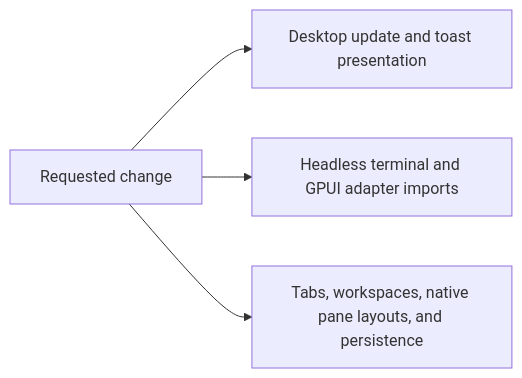
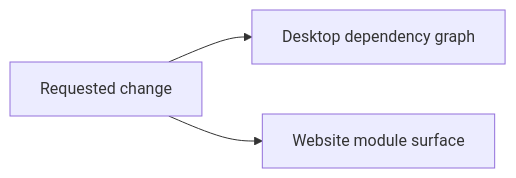
The diagram in CODE-CHANGE-REPORT.md (l-Teng/termy), drawn with Mermaid before and after one commit. The commit also changed other lines of this file and 59 other files, not shown here.

````diff
--- a/CODE-CHANGE-REPORT.md
+++ b/CODE-CHANGE-REPORT.md
@@ -44,10 +38,8 @@
 ```mermaid
 flowchart LR
   Change["Requested change"]
-  S0["Desktop update and toast presentation"]
+  S0["Desktop dependency graph"]
   Change --> S0
-  S1["Headless terminal and GPUI adapter imports"]
+  S1["Website module surface"]
   Change --> S1
-  S2["Tabs, workspaces, native pane layouts, and persistence"]
-  Change --> S2
 ```
````
